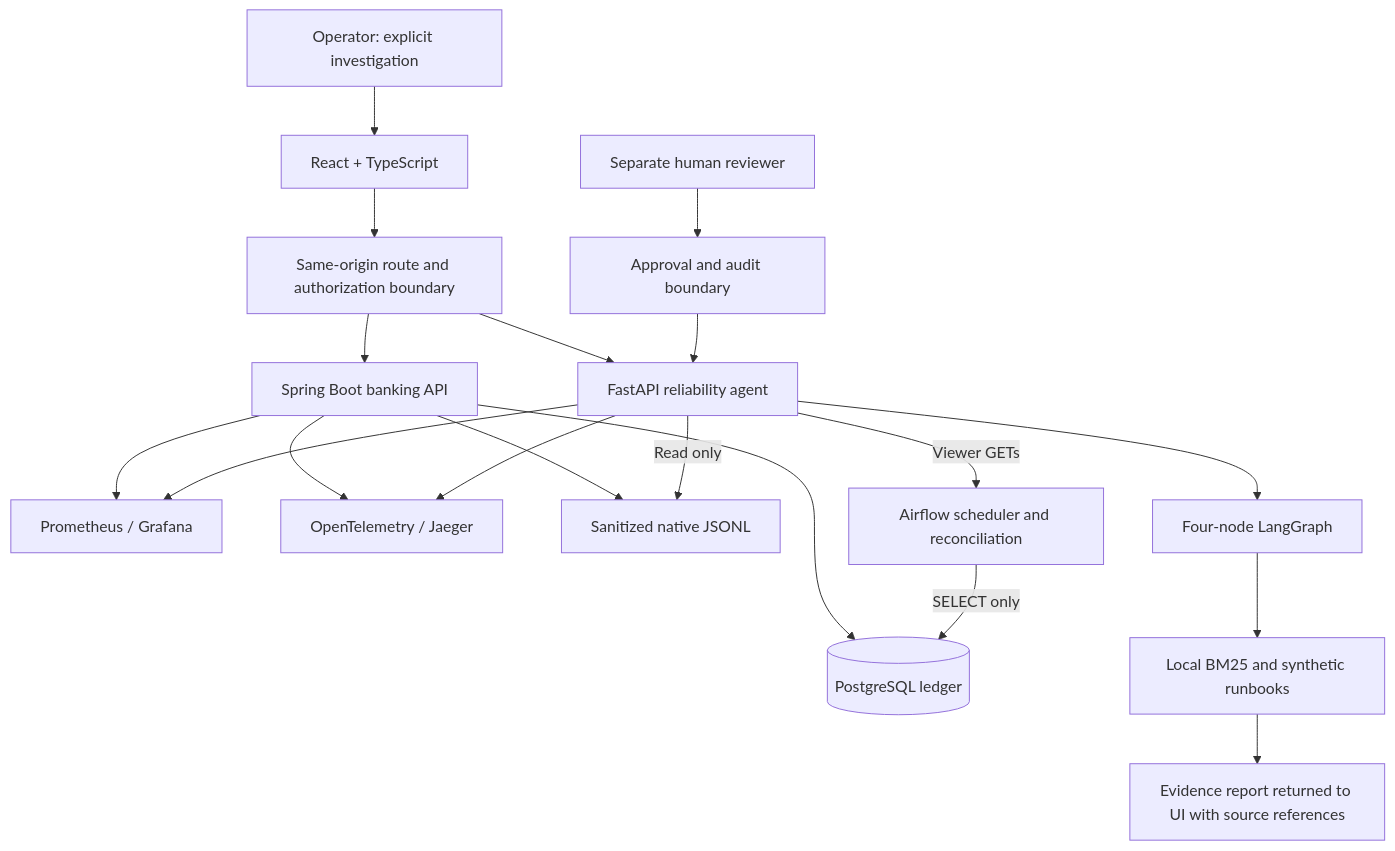
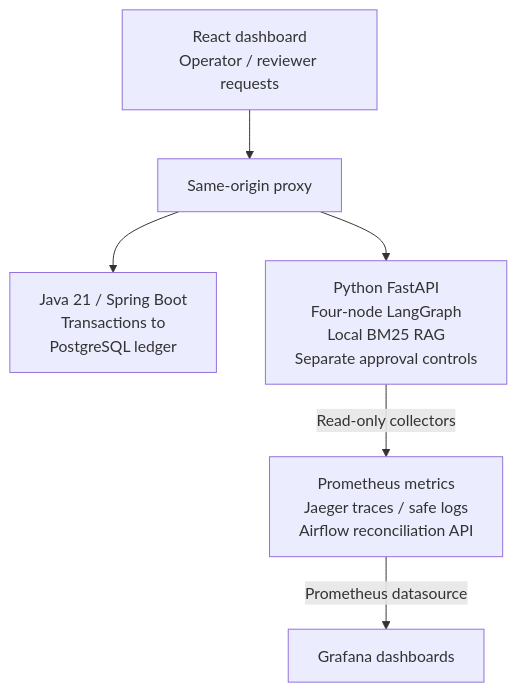
Before and after one commit to Bharathraj009/bankops-ai: the diagram in README.md, drawn with Mermaid. The commit also changed other lines of this file and 8 other files, not shown here.

````diff
--- a/README.md
+++ b/README.md
@@ -46,21 +48,8 @@
 ```mermaid
 flowchart TB
-  User[Operator: explicit investigation] --> UI[React + TypeScript]
-  UI --> Proxy[Same-origin route and authorization boundary]
-  Proxy --> Agent[FastAPI reliability agent]
-  Proxy --> Banking[Spring Boot banking API]
-  Banking --> DB[(PostgreSQL ledger)]
-  Banking --> Metrics[Prometheus / Grafana]
-  Banking --> Traces[OpenTelemetry / Jaeger]
-  Banking --> Logs[Sanitized native JSONL]
-  Airflow[Airflow scheduler and reconciliation] -->|SELECT only| DB
-  Agent -->|Viewer GETs| Airflow
-  Agent --> Metrics
-  Agent --> Traces
-  Agent -->|Read only| Logs
-  Agent --> Graph[Four-node LangGraph]
-  Graph --> RAG[Local BM25 and synthetic runbooks]
-  RAG --> Report[Evidence report returned to UI with source references]
-  Reviewer[Separate human reviewer] --> Approvals[Approval and audit boundary]
-  Approvals --> Agent
+  UI["React dashboard<br/>Operator / reviewer requests"] --> Proxy["Same-origin proxy"]
+  Proxy --> Banking["Java 21 / Spring Boot<br/>Transactions to<br/>PostgreSQL ledger"]
+  Proxy --> Agent["Python FastAPI<br/>Four-node LangGraph<br/>Local BM25 RAG<br/>Separate approval controls"]
+  Agent -->|Read-only collectors| Evidence["Prometheus metrics<br/>Jaeger traces / safe logs<br/>Airflow reconciliation API"]
+  Evidence -->|Prometheus datasource| Grafana["Grafana dashboards"]
 ```
````
